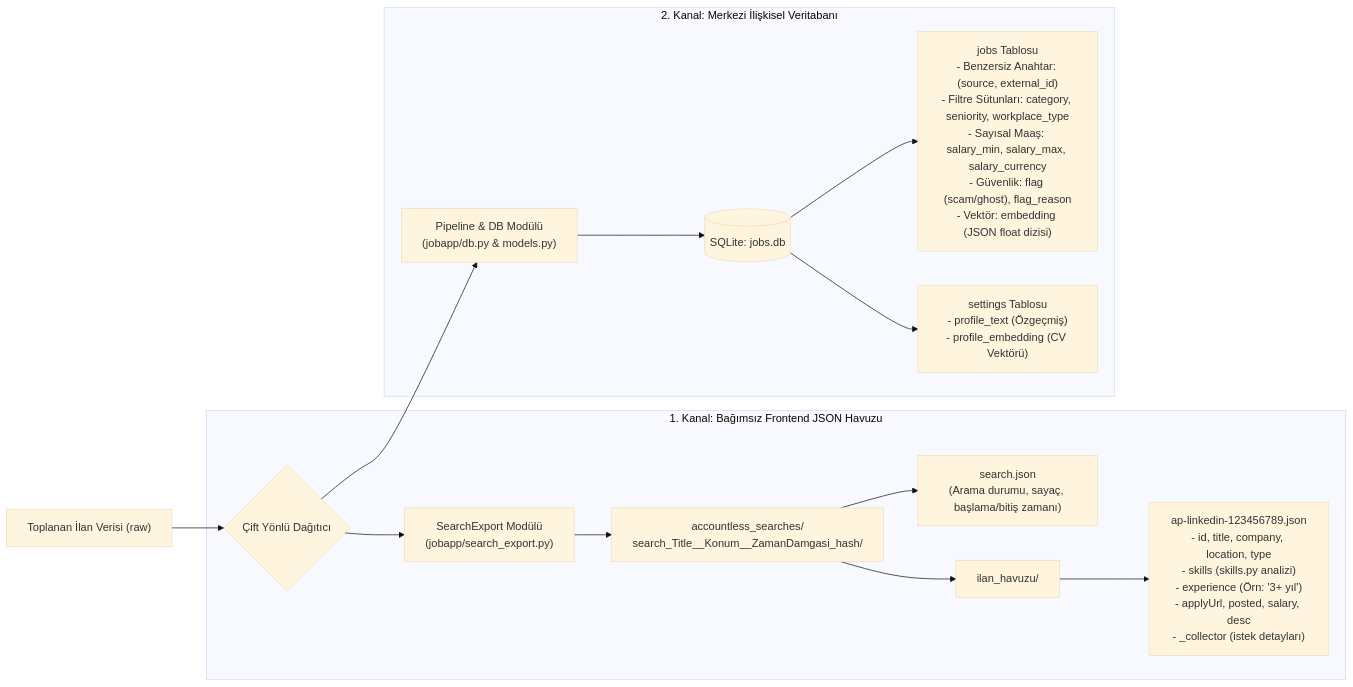
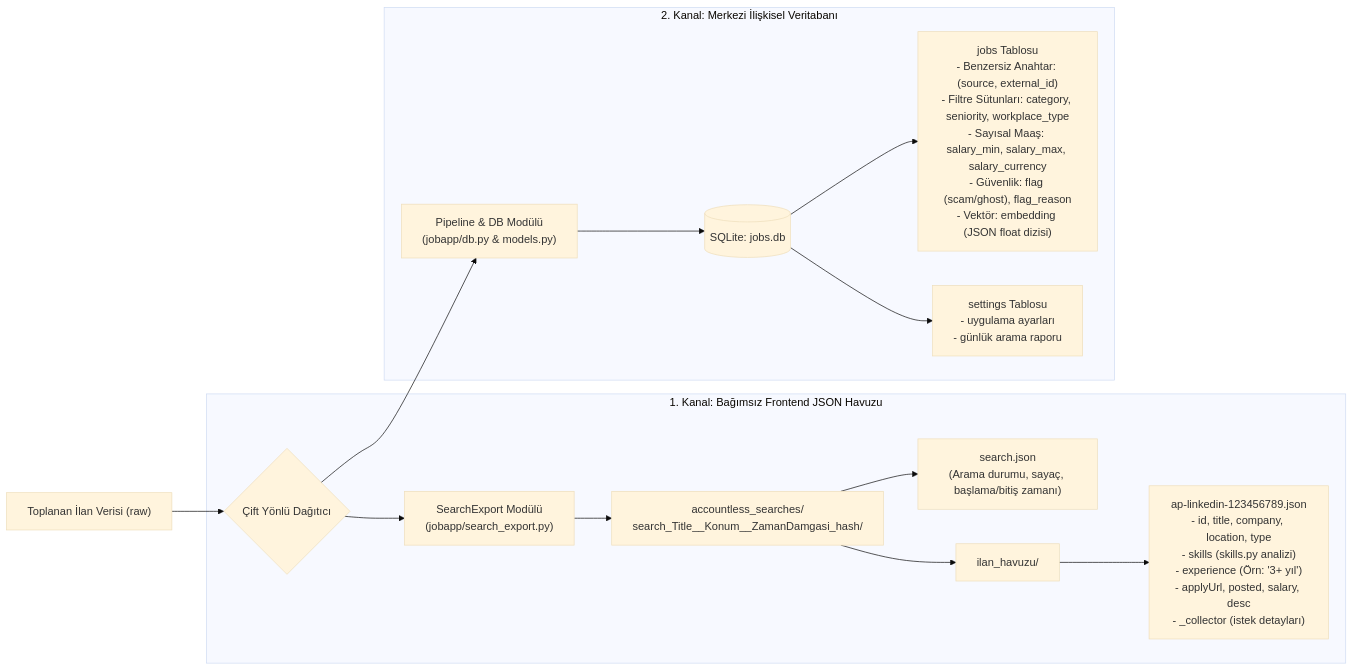
The fourth of 5 diagrams in README.md (tracecorp24/job_collector), drawn with Mermaid (base theme) before and after one commit. The commit also changed other lines of this file and 31 other files, not shown here.

````diff
--- a/README.md
+++ b/README.md
@@ -243,19 +243,19 @@
 ```mermaid
 flowchart LR
     ScrapedRaw["Toplanan İlan Verisi (raw)"] --> Fork{Çift Yönlü Dağıtıcı}
 
     subgraph HAVUZ["1. Kanal: Bağımsız Frontend JSON Havuzu"]
         Fork --> SearchExport["SearchExport Modülü<br/>(jobapp/search_export.py)"]
         SearchExport --> Folder["accountless_searches/<br/>search_Title__Konum__ZamanDamgasi_hash/"]
         Folder --> MetaJSON["search.json<br/>(Arama durumu, sayaç, başlama/bitiş zamanı)"]
         Folder --> PoolFolder["ilan_havuzu/"]
         PoolFolder --> JobJSON["ap-linkedin-123456789.json<br/>- id, title, company, location, type<br/>- skills (skills.py analizi)<br/>- experience (Örn: '3+ yıl')<br/>- applyUrl, posted, salary, desc<br/>- _collector (istek detayları)"]
     end
 
     subgraph SQLITE["2. Kanal: Merkezi İlişkisel Veritabanı"]
         Fork --> PipelineDB["Pipeline & DB Modülü<br/>(jobapp/db.py & models.py)"]
         PipelineDB --> JobsDB[("SQLite: jobs.db")]
         JobsDB --> JobsTable["jobs Tablosu<br/>- Benzersiz Anahtar: (source, external_id)<br/>- Filtre Sütunları: category, seniority, workplace_type<br/>- Sayısal Maaş: salary_min, salary_max, salary_currency<br/>- Güvenlik: flag (scam/ghost), flag_reason<br/>- Vektör: embedding (JSON float dizisi)"]
-        JobsDB --> SettingsTable["settings Tablosu<br/>- profile_text (Özgeçmiş)<br/>- profile_embedding (CV Vektörü)"]
+        JobsDB --> SettingsTable["settings Tablosu<br/>- uygulama ayarları<br/>- günlük arama raporu"]
     end
 ```
````
